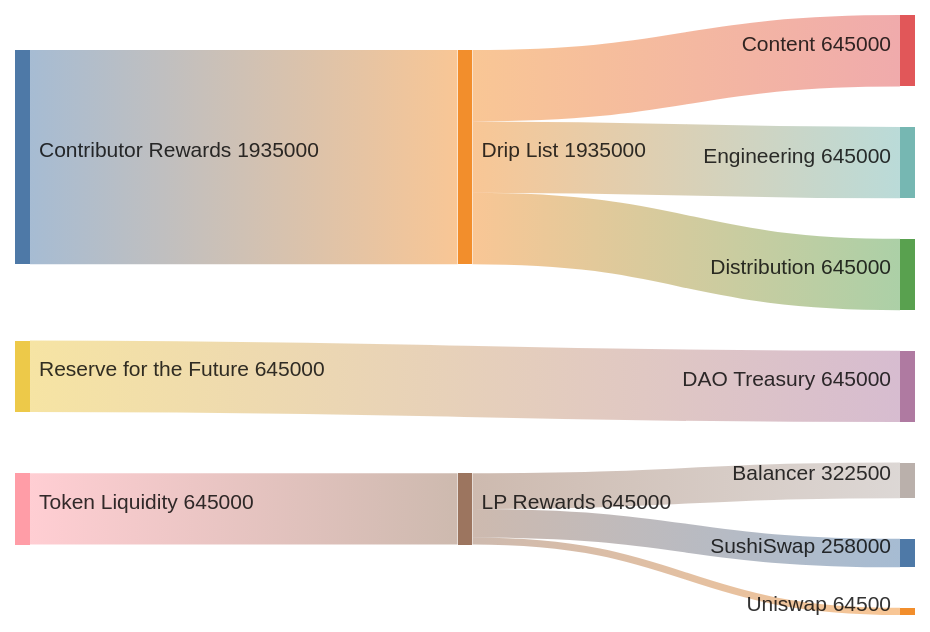
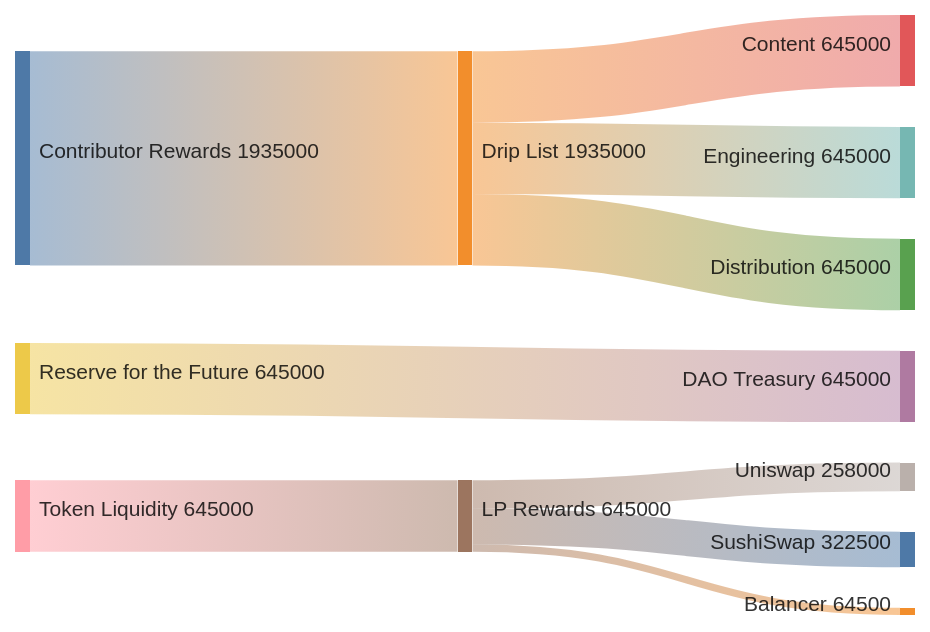
The fourth of 4 diagrams in TOKENOMICS.md (elimu-ai/web3-wiki), drawn with Mermaid before and after one commit.

````diff
--- a/TOKENOMICS.md
+++ b/TOKENOMICS.md
@@ -80,14 +80,14 @@
 ```mermaid
 sankey-beta
 
 %% source,target,value
 Contributor Rewards,Drip List,1935000
 Drip List,Content,645000
 Drip List,Engineering,645000
 Drip List,Distribution,645000
 Reserve for the Future,DAO Treasury,645000
 Token Liquidity,LP Rewards,645000
-LP Rewards,Balancer,322500
-LP Rewards,SushiSwap,258000
-LP Rewards,Uniswap,64500
+LP Rewards,Uniswap,258000
+LP Rewards,SushiSwap,322500
+LP Rewards,Balancer,64500
 ```
````
